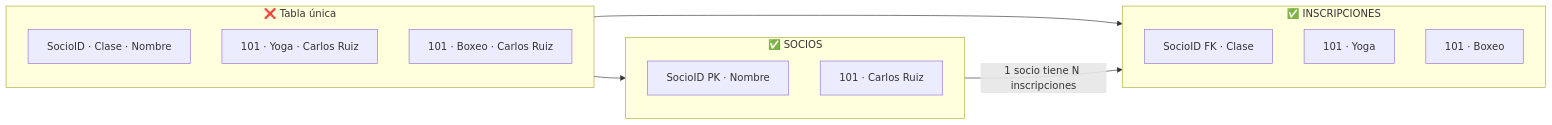
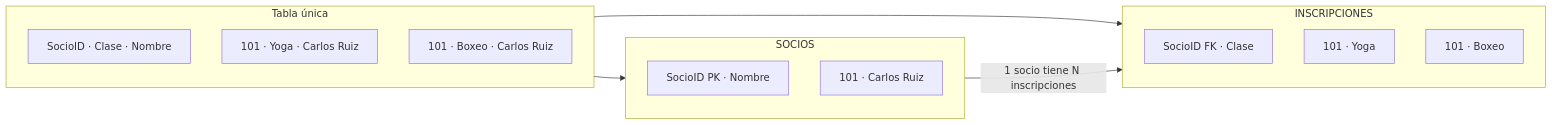
Before and after one commit to leanaraque/data_analytics_2026: diagram 12 of 18 in documentacion/Semana-02-Esquemas-Conceptos.md, drawn with Mermaid. The commit also changed other lines of this file and 109 other files, not shown here.

````diff
--- a/documentacion/Semana-02-Esquemas-Conceptos.md
+++ b/documentacion/Semana-02-Esquemas-Conceptos.md
@@ -227,23 +227,23 @@
 ```mermaid
 flowchart LR
-    subgraph ANTES["❌ Tabla única"]
+    subgraph ANTES["Tabla única"]
         A1["SocioID · Clase · Nombre"]
         A2["101 · Yoga · Carlos Ruiz"]
         A3["101 · Boxeo · Carlos Ruiz"]
     end
 
-    subgraph SOCIOS["✅ SOCIOS"]
+    subgraph SOCIOS["SOCIOS"]
         S1["SocioID PK · Nombre"]
         S2["101 · Carlos Ruiz"]
     end
 
-    subgraph INSCRIPCIONES["✅ INSCRIPCIONES"]
+    subgraph INSCRIPCIONES["INSCRIPCIONES"]
         I1["SocioID FK · Clase"]
         I2["101 · Yoga"]
         I3["101 · Boxeo"]
     end
 
     ANTES --> SOCIOS
     ANTES --> INSCRIPCIONES
     SOCIOS -- "1 socio tiene N inscripciones" --> INSCRIPCIONES
 ```
````
